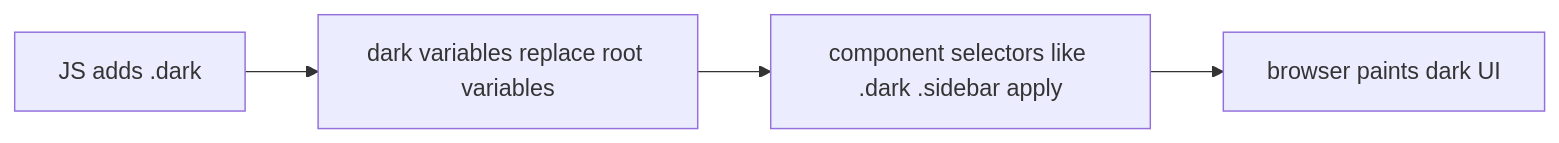
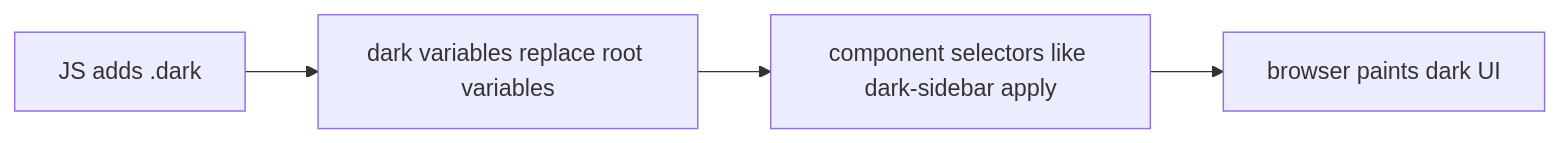
Before and after one commit to zxcvryo/Oops-Later-Codebase: diagram 29 of 43 in README.md, drawn with Mermaid. The commit also changed other lines of this file, not shown here.

````diff
--- a/README.md
+++ b/README.md
@@ -6219,6 +6219,6 @@
 ```mermaid
 flowchart LR
     A["JS adds .dark"] --> B["dark variables replace root variables"]
-    B --> C["component selectors like .dark .sidebar apply"]
+    B --> C["component selectors like dark-sidebar apply"]
     C --> D["browser paints dark UI"]
 ```
````
